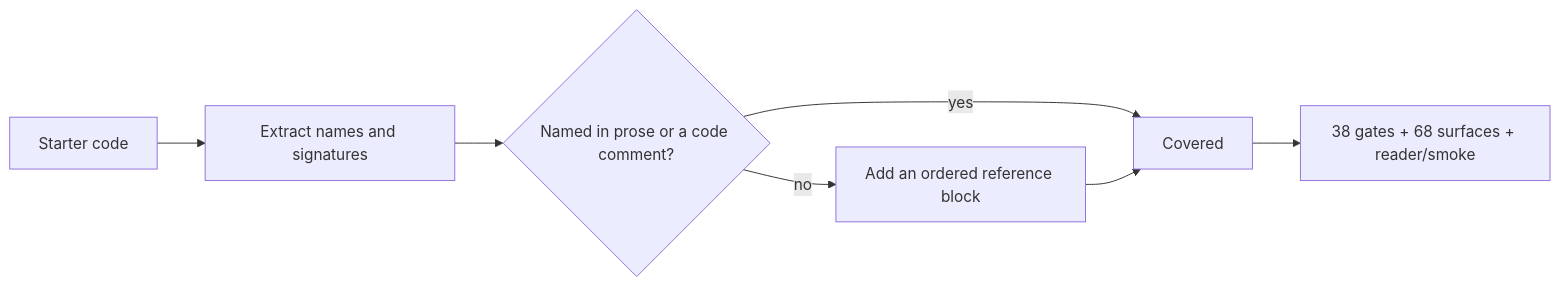
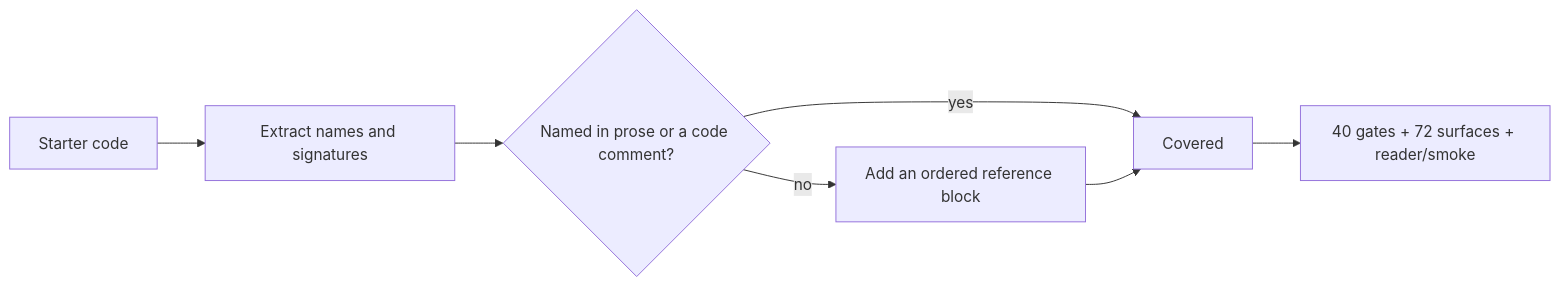
Before and after one commit to TLE47/Mechatronics-Roadmap: the diagram in docs/PROVENANCE-AUDIT.md, drawn with Mermaid. The commit also changed other lines of this file and 149 other files, not shown here.

````diff
--- a/docs/PROVENANCE-AUDIT.md
+++ b/docs/PROVENANCE-AUDIT.md
@@ -12,9 +12,9 @@
 ```mermaid
 flowchart LR
     A["Starter code"] --> B["Extract names and signatures"]
     B --> C{"Named in prose or a code comment?"}
     C -->|yes| D["Covered"]
     C -->|no| E["Add an ordered reference block"]
     E --> D
-    D --> F["38 gates + 68 surfaces + reader/smoke"]
+    D --> F["40 gates + 72 surfaces + reader/smoke"]
 ```
````
